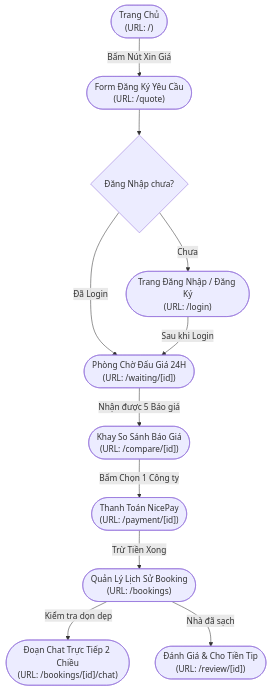
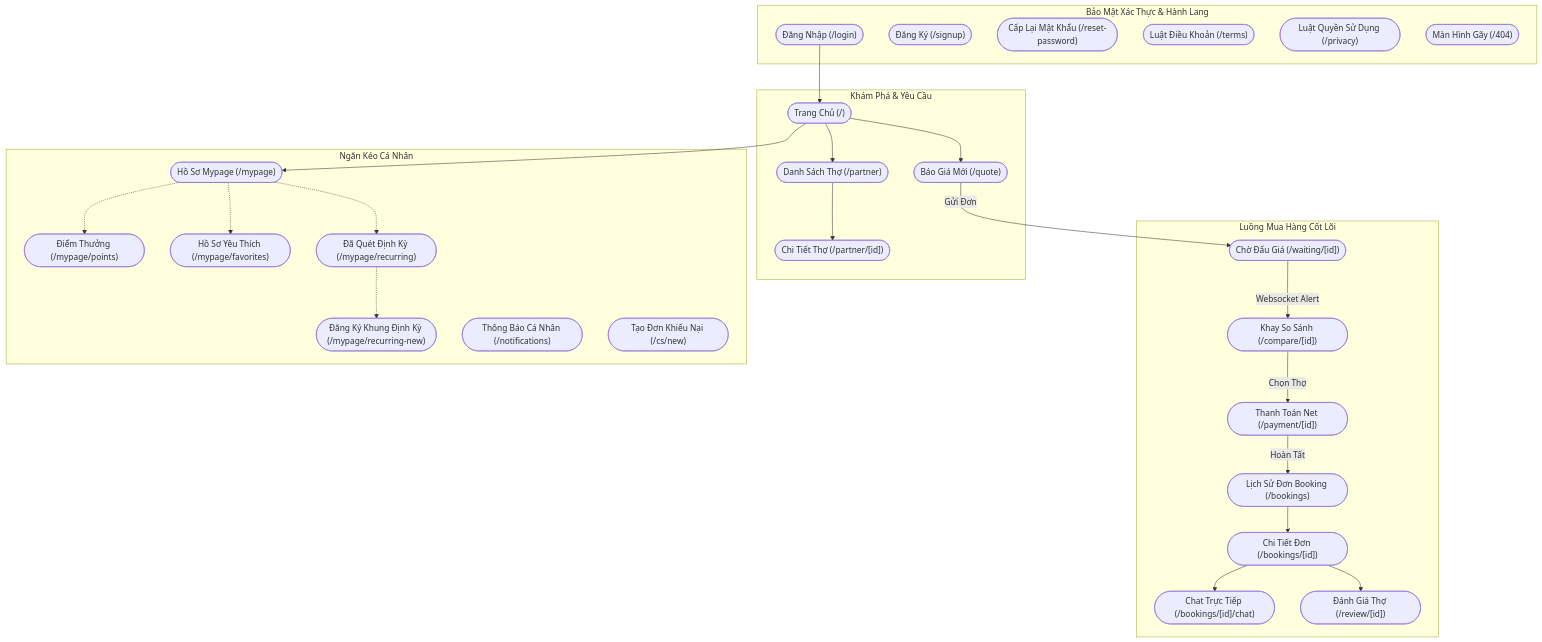
One commit to oniiyachan/analysis changed the diagram in Analysis/08_User_Flow_Vector_Diagrams_VI/01_Khach_Hang_Customer.md. Above: the diagram before and after it, drawn with Mermaid. The commit also changed other lines of this file and 5 other files, not shown here.

````diff
--- a/Analysis/08_User_Flow_Vector_Diagrams_VI/01_Khach_Hang_Customer.md
+++ b/Analysis/08_User_Flow_Vector_Diagrams_VI/01_Khach_Hang_Customer.md
@@ -5,14 +4,46 @@
 ```mermaid
 graph TD
-    A(["Trang Chủ<br/>(URL: /)"]) -->|Bấm Nút Xin Giá| B(["Form Đăng Ký Yêu Cầu<br/>(URL: /quote)"])
-    B --> C{Đăng Nhập chưa?}
-    C -->|Chưa| D(["Trang Đăng Nhập / Đăng Ký<br/>(URL: /login)"])
-    C -->|Đã Login| E(["Phòng Chờ Đấu Giá 24H<br/>(URL: /waiting/[id])"])
-    D -->|Sau khi Login| E
-    E -->|Nhận được 5 Báo giá| F(["Khay So Sánh Báo Giá<br/>(URL: /compare/[id])"])
-    F -->|Bấm Chọn 1 Công ty| G(["Thanh Toán NicePay<br/>(URL: /payment/[id])"])
-    G -->|Trừ Tiền Xong| H(["Quản Lý Lịch Sử Booking<br/>(URL: /bookings)"])
-    H -->|Kiểm tra dọn dẹp| I(["Đoạn Chat Trực Tiếp 2 Chiều<br/>(URL: /bookings/[id]/chat)"])
-    H -->|Nhà đã sạch| J(["Đánh Giá & Cho Tiền Tip<br/>(URL: /review/[id])"])
-    
+    %% Khối Khám Phá
+    subgraph Discovery [Khám Phá & Yêu Cầu]
+        H(["Trang Chủ (/)"]) --> Q(["Báo Giá Mới (/quote)"])
+        H --> P1(["Danh Sách Thợ (/partner)"])
+        P1 --> P2(["Chi Tiết Thợ (/partner/[id])"])
+    end
+
+    %% Khối Lõi Thực Thi
+    subgraph Core_Funnel [Luồng Mua Hàng Cốt Lõi]
+        Q -->|Gửi Đơn| W(["Chờ Đấu Giá (/waiting/[id])"])
+        W -->|Websocket Alert| C(["Khay So Sánh (/compare/[id])"])
+        C -->|Chọn Thợ| P(["Thanh Toán Net (/payment/[id])"])
+        P -->|Hoàn Tất| B1(["Lịch Sử Đơn Booking (/bookings)"])
+        B1 --> B2(["Chi Tiết Đơn (/bookings/[id])"])
+        B2 --> B3(["Chat Trực Tiếp (/bookings/[id]/chat)"])
+        B2 --> R(["Đánh Giá Thợ (/review/[id])"])
+    end
+
+    %% Khối Quản Trị Khách
+    subgraph My_Page [Ngăn Kéo Cá Nhân]
+        M1(["Hồ Sơ Mypage (/mypage)"])
+        M2(["Điểm Thưởng (/mypage/points)"])
+        M3(["Hồ Sơ Yêu Thích (/mypage/favorites)"])
+        M4(["Đã Quét Định Kỳ (/mypage/recurring)"])
+        M5(["Đăng Ký Khung Định Kỳ (/mypage/recurring-new)"])
+        N1(["Thông Báo Cá Nhân (/notifications)"])
+        CS(["Tạo Đơn Khiếu Nại (/cs/new)"])
+    end
+
+    %% Khối Auth & Pháp Lý
+    subgraph Auth_Legal [Bảo Mật Xác Thực & Hành Lang]
+        L1(["Đăng Nhập (/login)"])
+        L2(["Đăng Ký (/signup)"])
+        L3(["Cấp Lại Mật Khẩu (/reset-password)"])
+        L4(["Luật Điều Khoản (/terms)"])
+        L5(["Luật Quyền Sử Dụng (/privacy)"])
+        L6(["Màn Hình Gãy (/404)"])
+    end
+
+    L1 --> H
+    H --> M1
+    M1 -.-> M2 & M3 & M4
+    M4 -.-> M5
 ```
````
